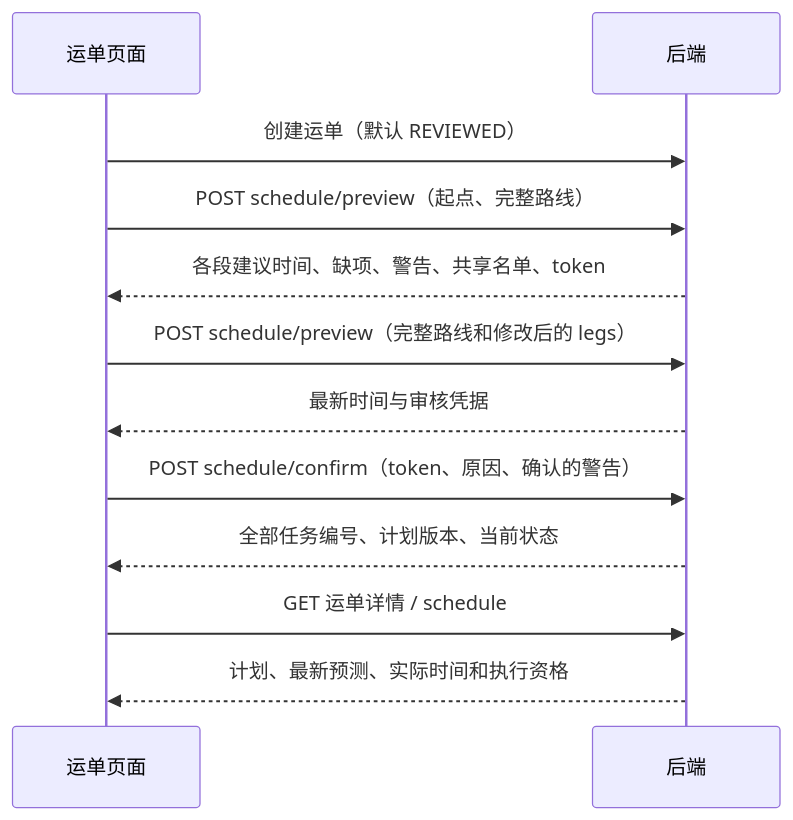
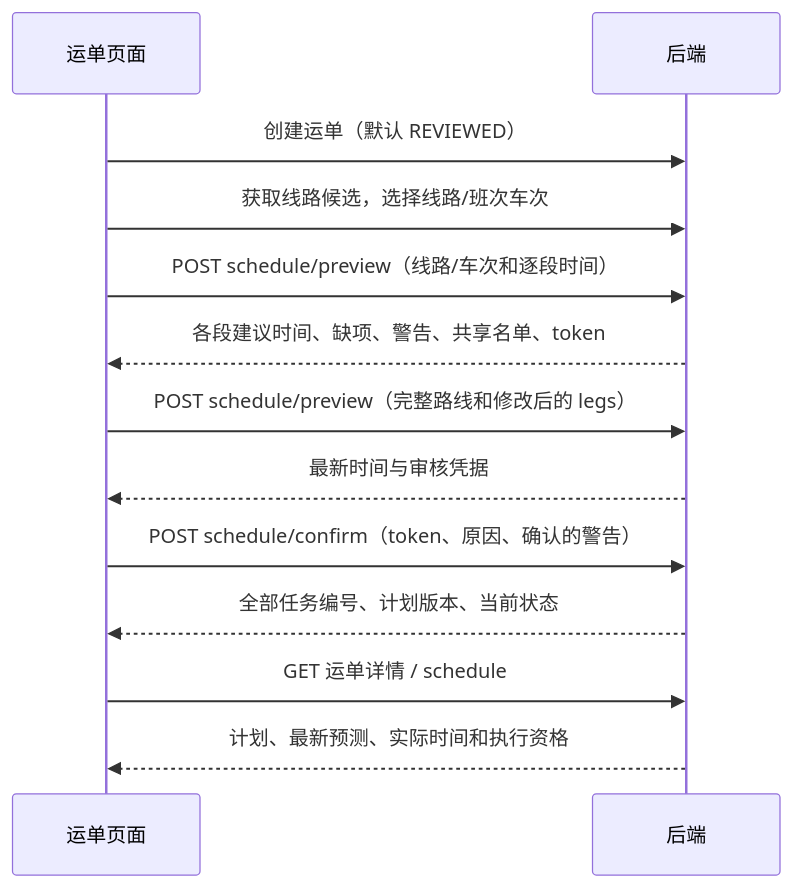
Before and after one commit to NikFranki/jingpo-logistics-system: the diagram in docs/技术方案/v7/be/client-contract.md, drawn with Mermaid. The commit also changed other lines of this file and 34 other files, not shown here.

````diff
--- a/docs/技术方案/v7/be/client-contract.md
+++ b/docs/技术方案/v7/be/client-contract.md
@@ -9,14 +11,15 @@
 ```mermaid
 sequenceDiagram
     participant FE as 运单页面
     participant BE as 后端
     FE->>BE: 创建运单（默认 REVIEWED）
-    FE->>BE: POST schedule/preview（起点、完整路线）
+    FE->>BE: 获取线路候选，选择线路/班次车次
+    FE->>BE: POST schedule/preview（线路/车次和逐段时间）
     BE-->>FE: 各段建议时间、缺项、警告、共享名单、token
     FE->>BE: POST schedule/preview（完整路线和修改后的 legs）
     BE-->>FE: 最新时间与审核凭据
     FE->>BE: POST schedule/confirm（token、原因、确认的警告）
     BE-->>FE: 全部任务编号、计划版本、当前状态
     FE->>BE: GET 运单详情 / schedule
     BE-->>FE: 计划、最新预测、实际时间和执行资格
 ```
````
